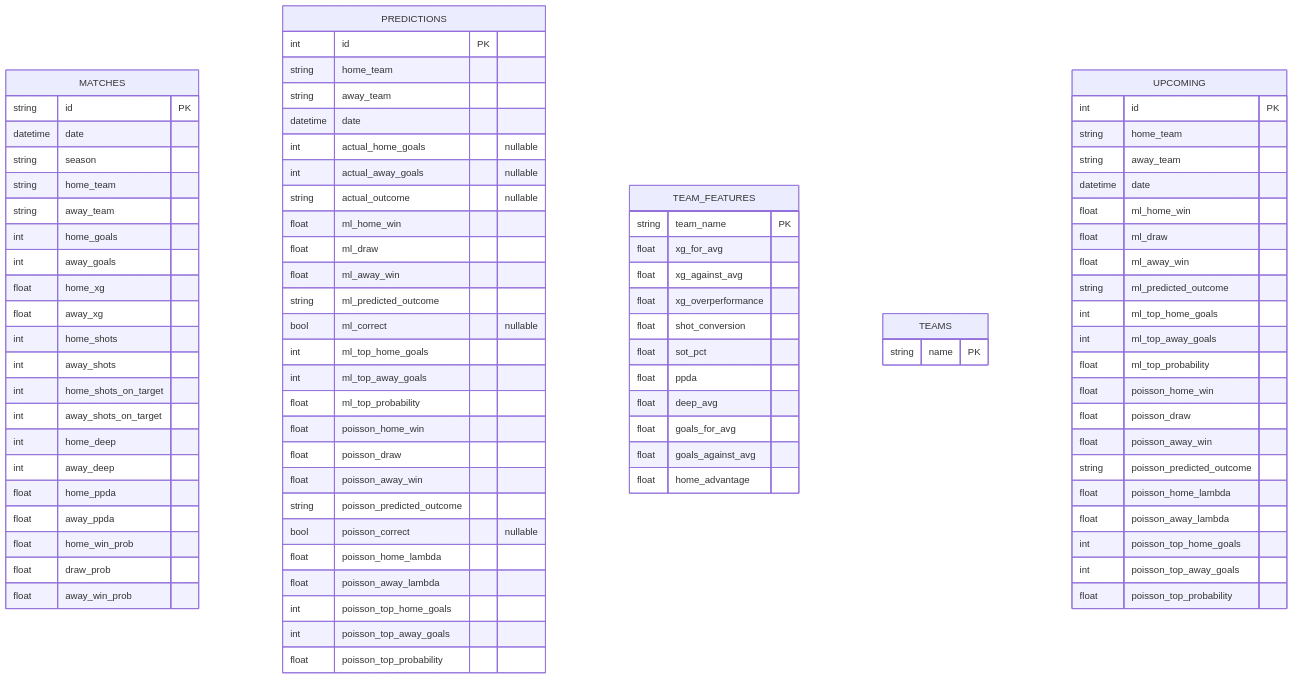
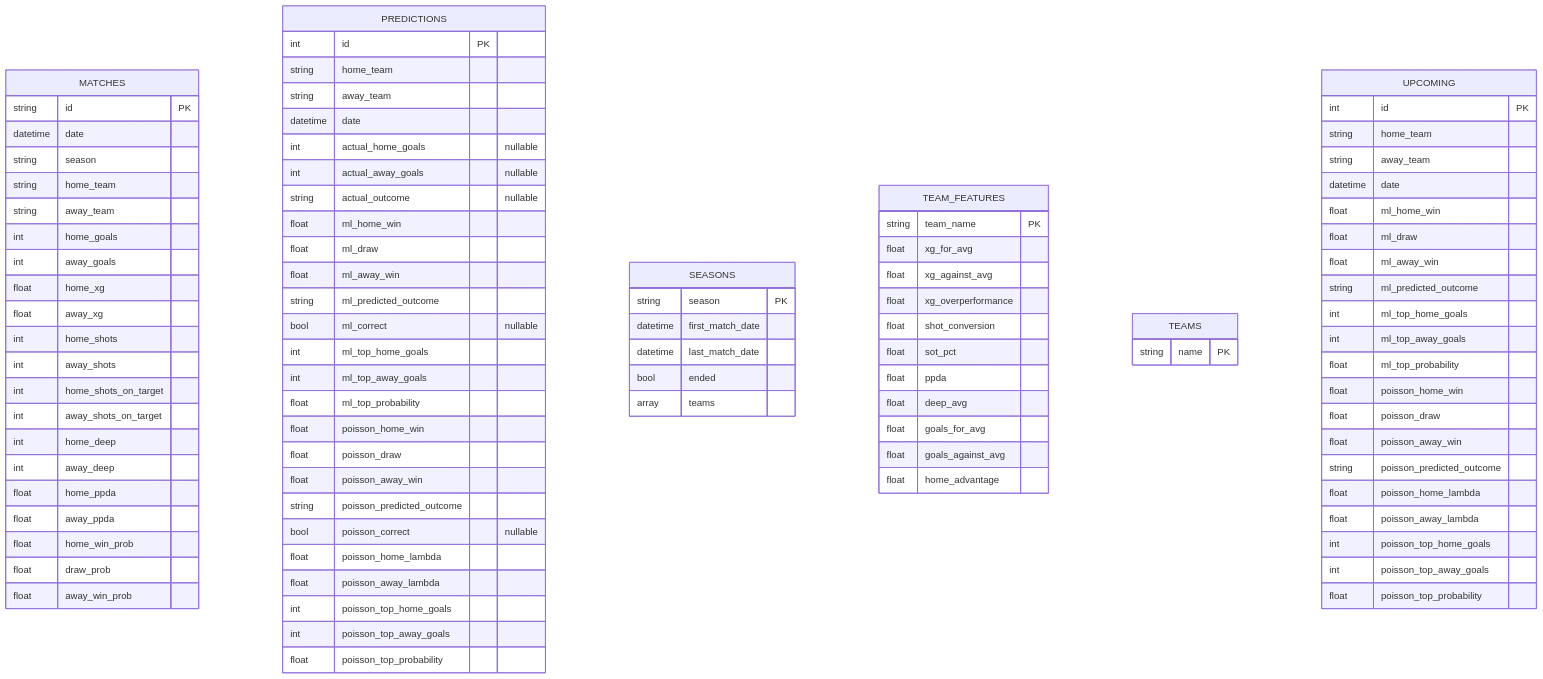
The second of 2 diagrams in README.md (dagda1/match-predictor), drawn with Mermaid before and after one commit. The commit also changed 31 other files, not shown here.

Commit message:
chore: add season tracking with ended flag, display season-end message in Results page, move QueryClient to useState for React 19 compatibility, and add frontend tests for season-ended state

```diff
--- a/README.md
+++ b/README.md
@@ -195,6 +195,13 @@
     int poisson_top_away_goals
     float poisson_top_probability
   }
+  SEASONS {
+    string season PK
+    datetime first_match_date
+    datetime last_match_date
+    bool ended
+    array teams
+  }
   TEAM_FEATURES {
     string team_name PK
     float xg_for_avg
```
